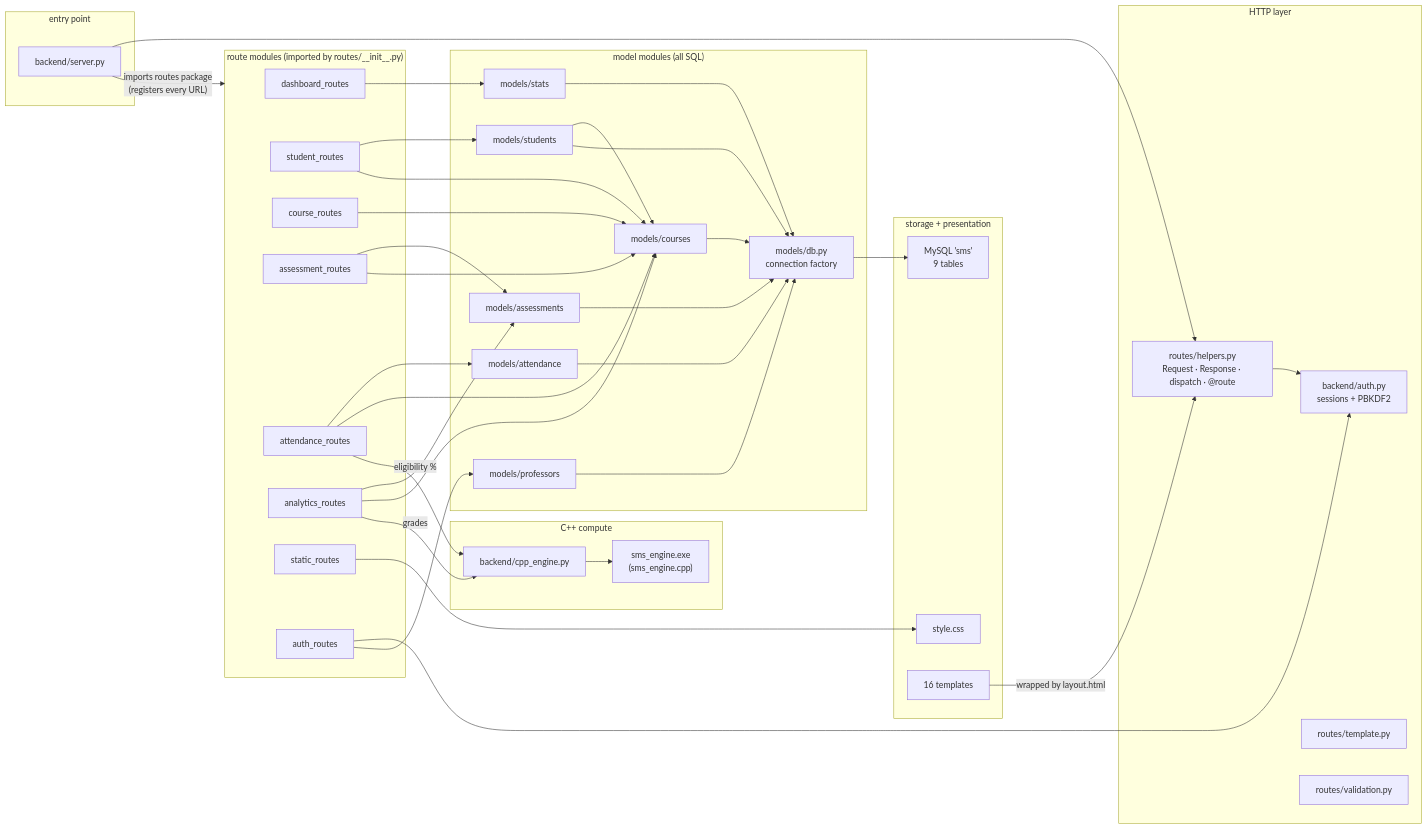
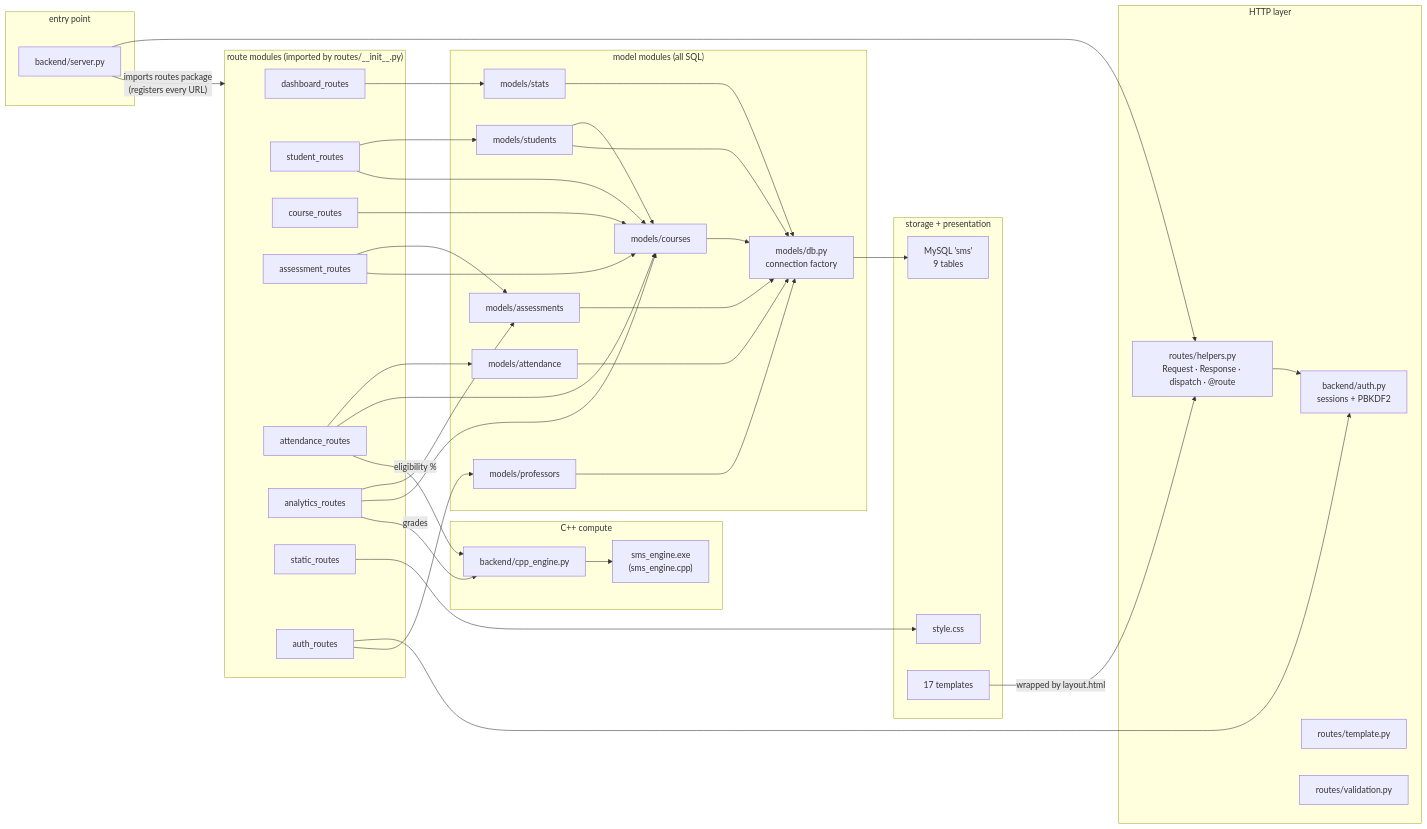
One commit to vibh0rretr0-sudo/Student-Management-System changed the third of 3 diagrams in docs/FLOWCHART.md. Above: the diagram before and after it, drawn with Mermaid. The commit also changed 9 other files, not shown here.

````diff
--- a/docs/FLOWCHART.md
+++ b/docs/FLOWCHART.md
@@ -88,69 +88,69 @@
 ```mermaid
 flowchart LR
     subgraph entry["entry point"]
         SRV["backend/server.py"]
     end
     subgraph http["HTTP layer"]
         HLP["routes/helpers.py<br/>Request · Response · dispatch · @route"]
         AUTH["backend/auth.py<br/>sessions + PBKDF2"]
         TPL["routes/template.py"]
         VAL["routes/validation.py"]
     end
     subgraph routes["route modules (imported by routes/__init__.py)"]
         DR["dashboard_routes"]
         STR["student_routes"]
         CR["course_routes"]
         AR["assessment_routes"]
         ATR["attendance_routes"]
         ANR["analytics_routes"]
         STC["static_routes"]
         AUR["auth_routes"]
     end
     subgraph models["model modules (all SQL)"]
         DB["models/db.py<br/>connection factory"]
         PROF["models/professors"]
         STU["models/students"]
         CRS["models/courses"]
         ASM["models/assessments"]
         ATT["models/attendance"]
         STA["models/stats"]
     end
     subgraph engine["C++ compute"]
         ENG["backend/cpp_engine.py"]
         BIN["sms_engine.exe<br/>(sms_engine.cpp)"]
     end
     subgraph storage["storage + presentation"]
         SQL["MySQL 'sms'<br/>9 tables"]
         CSS["style.css"]
-        TMPL["16 templates"]
+        TMPL["17 templates"]
     end
 
     SRV --> HLP
     SRV -->|"imports routes package<br/>(registers every URL)"| routes
     HLP --> AUTH
     DR --> STA
     STR --> STU
     STR --> CRS
     CR --> CRS
     AR --> ASM
     AR --> CRS
     ATR --> ATT
     ATR --> CRS
     ANR --> ASM
     ANR --> CRS
     AUR --> AUTH
     AUR --> PROF
     STU --> CRS
     PROF --> DB
     STU --> DB
     CRS --> DB
     ASM --> DB
     ATT --> DB
     STA --> DB
     ATR -->|"eligibility %"| ENG
     ANR -->|"grades"| ENG
     ENG --> BIN
     DB --> SQL
     TMPL -->|"wrapped by layout.html"| HLP
     STC --> CSS
 ```
````
